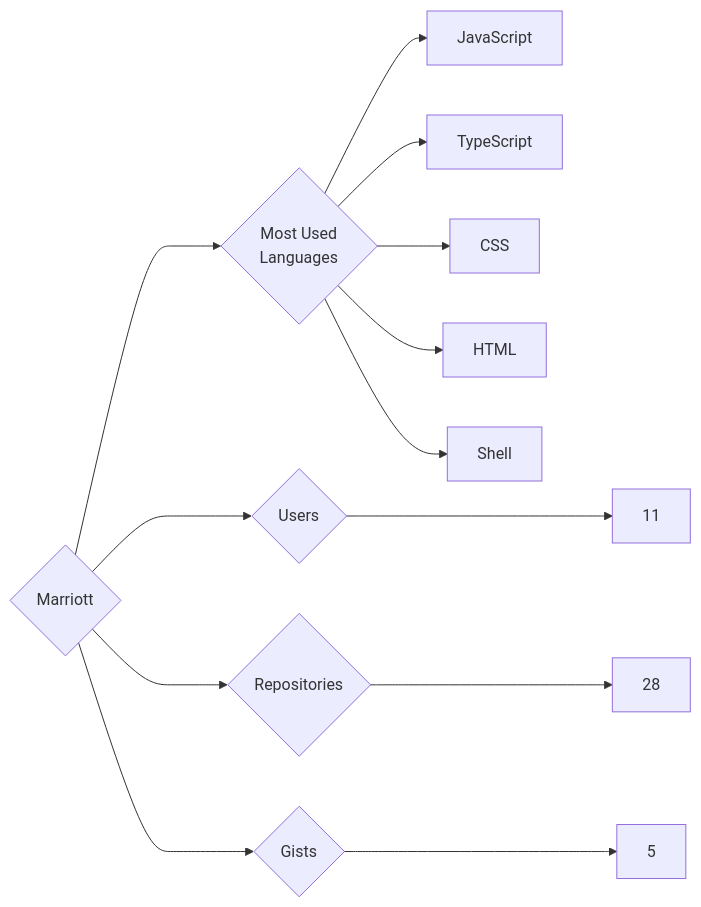
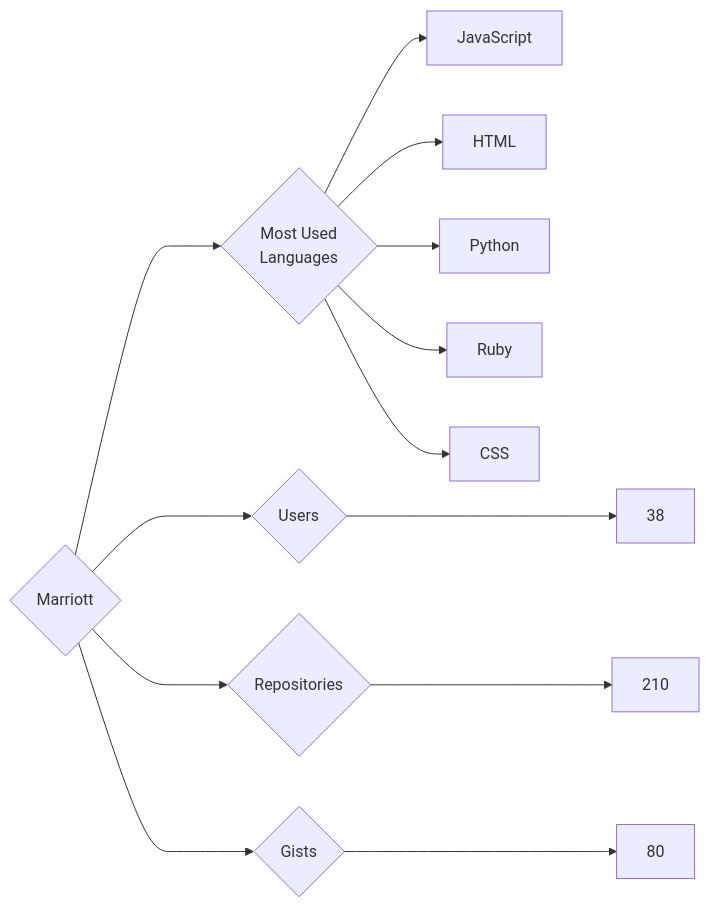
Before and after one commit to trickest/insiders: the diagram in targets/Marriott/README.md, drawn with Mermaid. The commit also changed 920 other files, not shown here.

````diff
--- a/targets/Marriott/README.md
+++ b/targets/Marriott/README.md
@@ -3,13 +3,13 @@
 ```mermaid
 graph LR
 COMPANY_NAME{Marriott}
-COMPANY_NAME ---> U{Users} ---> UN[11]
-COMPANY_NAME ---> R{Repositories} ---> RN[28]
-COMPANY_NAME ---> G{Gists} ---> GN[5]
+COMPANY_NAME ---> U{Users} ---> UN[38]
+COMPANY_NAME ---> R{Repositories} ---> RN[210]
+COMPANY_NAME ---> G{Gists} ---> GN[80]
 COMPANY_NAME ---> ML{Most Used<br>Languages}
 ML --> JavaScript[JavaScript]
-ML --> TypeScript[TypeScript]
+ML --> HTML[HTML]
+ML --> Python[Python]
+ML --> Ruby[Ruby]
 ML --> CSS[CSS]
-ML --> HTML[HTML]
-ML --> Shell[Shell]
 ```
````
